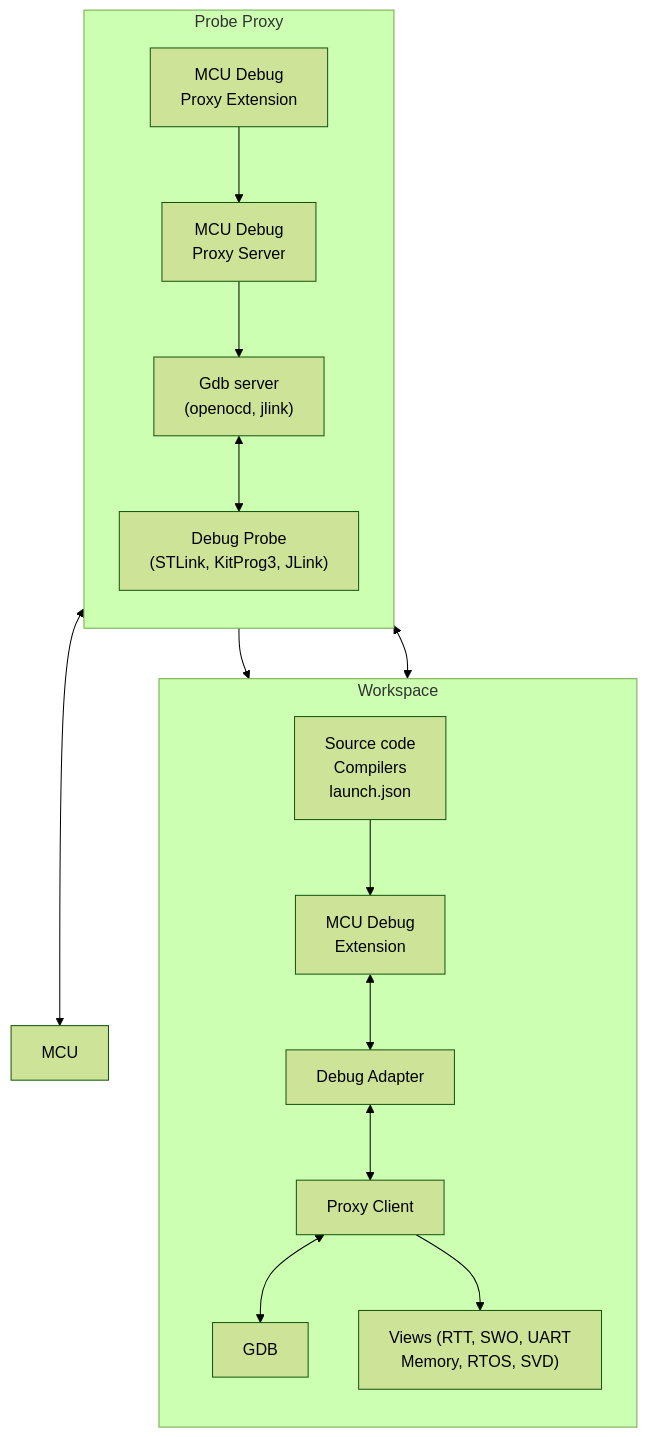
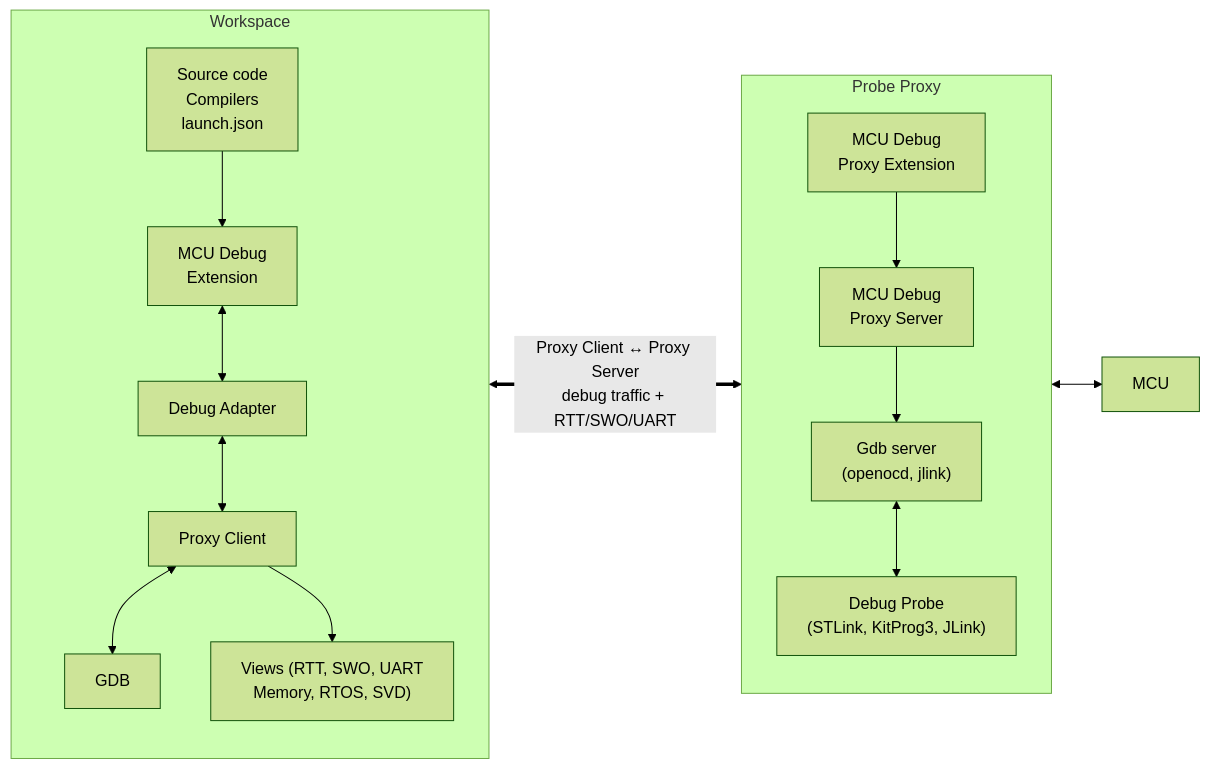
Before and after one commit to mcu-debug/mcu-debug: the diagram in apps/docs/docs/remote/index.md, drawn with Mermaid (forest theme). The commit also changed other lines of this file and 1 other file, not shown here.

````diff
--- a/apps/docs/docs/remote/index.md
+++ b/apps/docs/docs/remote/index.md
@@ -18,34 +18,33 @@
 ```mermaid
-flowchart
+flowchart LR
   subgraph WS["Workspace"]
-     direction TD
+     direction TB
      SRC["Source code<br>Compilers<br>launch.json"]
      MD["MCU Debug<br>Extension"]
      DA["Debug Adapter"]
      PC["Proxy Client"]
      GDB["GDB"]
      VIEWS["Views (RTT, SWO, UART<br>Memory, RTOS, SVD)"]
+     SRC --> MD
+     MD <--> DA
+     DA <--> PC
+     PC <--> GDB
+     PC --> VIEWS
   end
-  SRC --> MD
-  MD <--> DA
-  DA <--> PC
-  PC <--> GDB
-  PC --> VIEWS
 
   subgraph PROXY["Probe Proxy"]
-     direction TD
+     direction TB
      MDP["MCU Debug<br>Proxy Extension"]
      MDBG["MCU Debug<br>Proxy Server"]
      GDBS["Gdb server<br>(openocd, jlink)"]
      PROBE["Debug Probe<br>(STLink, KitProg3, JLink)"]
+     MDP --> MDBG
+     MDBG --> GDBS
+     GDBS <--> PROBE
   end
+
   MCU["MCU"]
 
-  MDP   --> MDBG
-  MDBG  --> GDBS
-  GDBS <--> PROBE
-  PROBE <--> MCU
-  MDBG --> VIEWS
-
-  PC <--> MDBG
+  WS <==>|"Proxy Client &harr; Proxy Server<br>debug traffic + RTT/SWO/UART"| PROXY
+  PROXY <--> MCU
 ```
````
